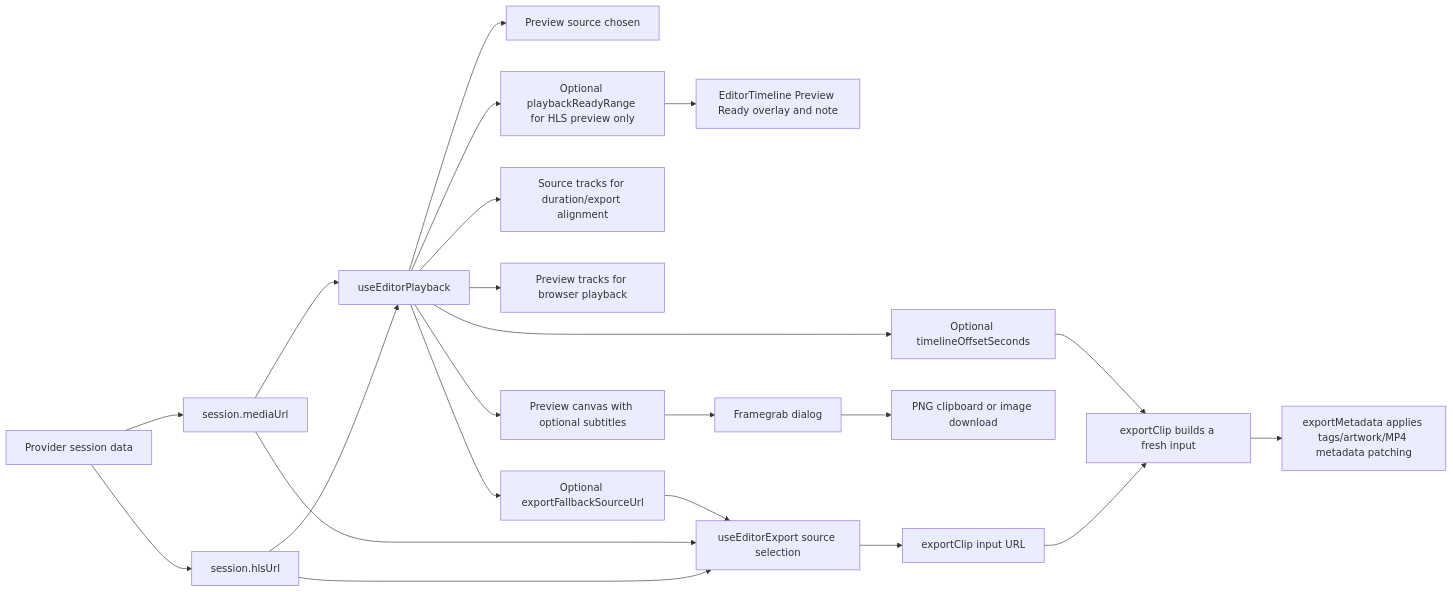
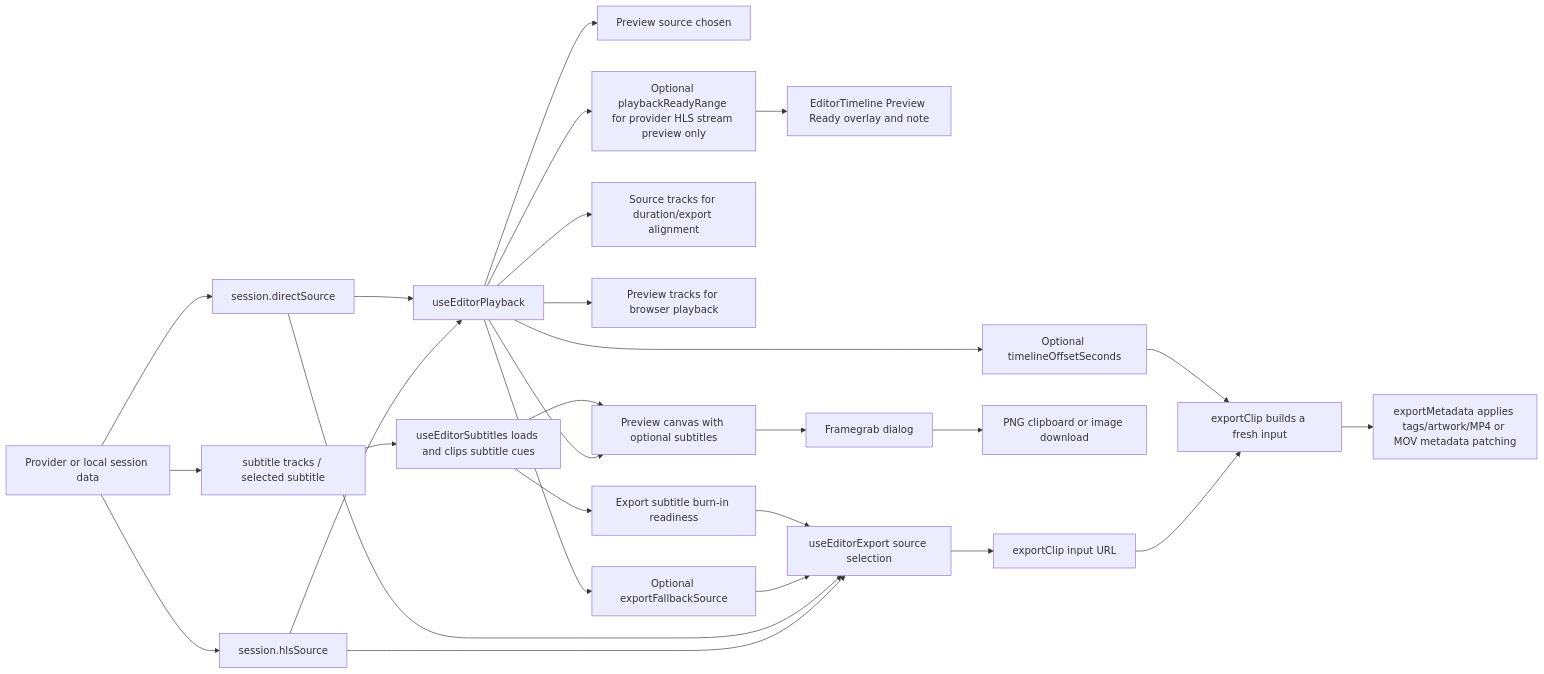
Diagram 13 of 13 in DIAGRAMS.md (TechSquidTV/Cliparr), drawn with Mermaid before and after one commit. The commit also changed other lines of this file, not shown here.

First line of the commit message:
docs(cliparr): update workflow diagrams (#106)

````diff
--- a/DIAGRAMS.md
+++ b/DIAGRAMS.md
@@ -257,24 +333,29 @@
 ```mermaid
 flowchart LR
-    A["Provider session data"] --> B["session.hlsUrl"]
-    A --> C["session.mediaUrl"]
+    A["Provider or local session data"] --> B["session.hlsSource"]
+    A --> C["session.directSource"]
+    A --> S["subtitle tracks / selected subtitle"]
     B --> D["useEditorPlayback"]
     C --> D
     D --> E["Preview source chosen"]
-    D --> F["Optional exportFallbackSourceUrl"]
+    D --> F["Optional exportFallbackSource"]
     D --> I["Optional timelineOffsetSeconds"]
     D --> J["Source tracks for duration/export alignment"]
     D --> K["Preview tracks for browser playback"]
-    D --> L["Optional playbackReadyRange for HLS preview only"]
+    D --> L["Optional playbackReadyRange for provider HLS stream preview only"]
     L --> M["EditorTimeline Preview Ready overlay and note"]
     D --> P["Preview canvas with optional subtitles"]
     P --> Q["Framegrab dialog"]
     Q --> R["PNG clipboard or image download"]
+    S --> T["useEditorSubtitles loads and clips subtitle cues"]
+    T --> P
+    T --> U["Export subtitle burn-in readiness"]
     B --> G["useEditorExport source selection"]
     C --> G
     F --> G
+    U --> G
     G --> H["exportClip input URL"]
     H --> N["exportClip builds a fresh input"]
     I --> N
-    N --> O["exportMetadata applies tags/artwork/MP4 metadata patching"]
+    N --> O["exportMetadata applies tags/artwork/MP4 or MOV metadata patching"]
 ```
````
